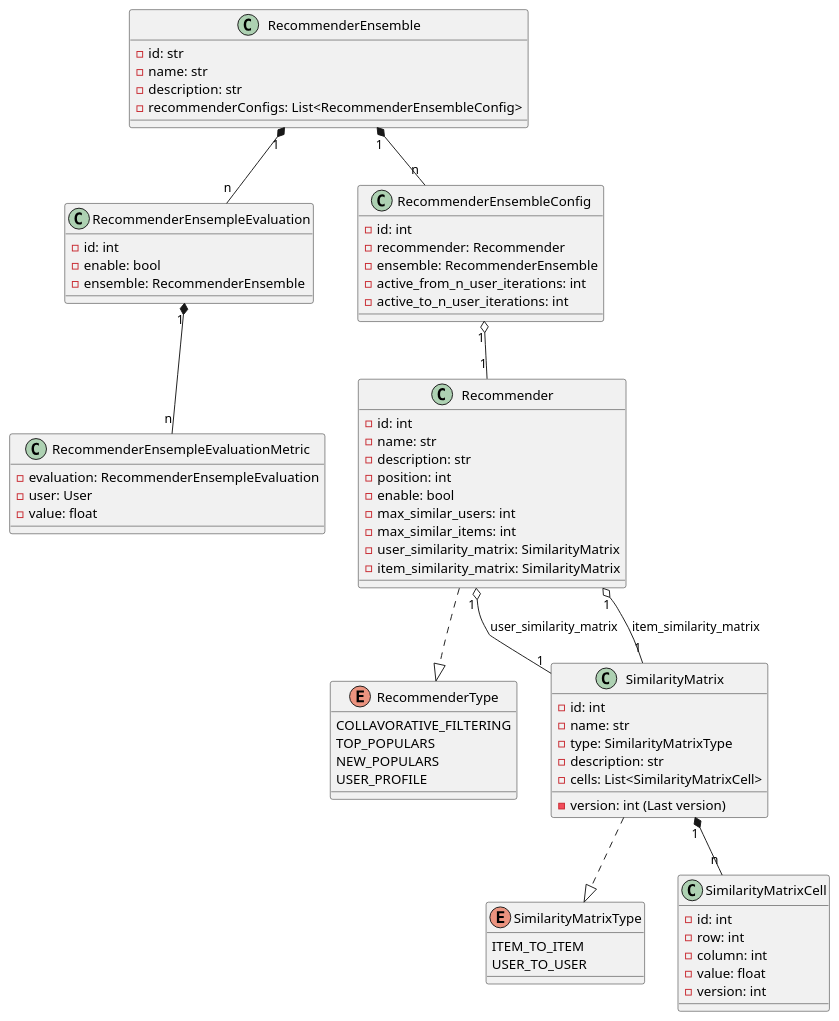
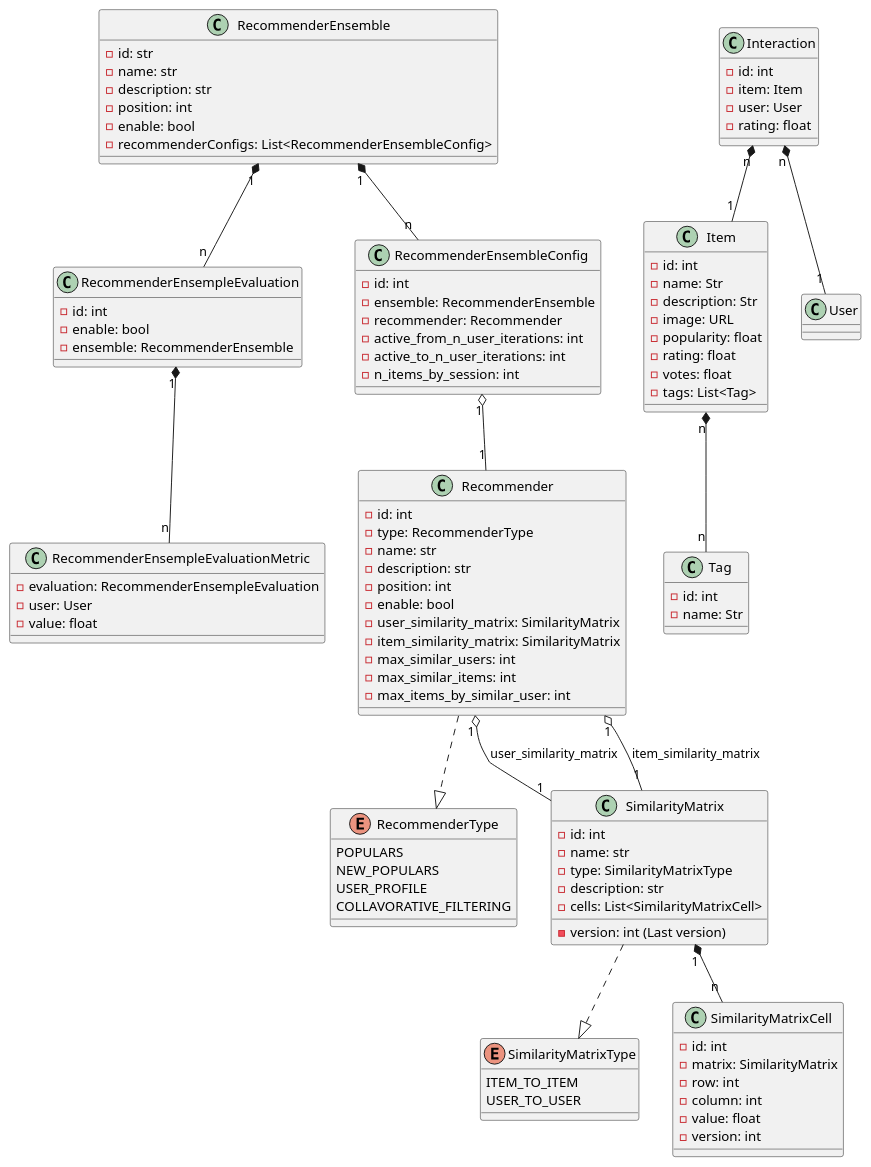
One commit to magistery-tps/rec-sys-client-lib changed the diagram in diagrams/models.puml. Above: the diagram before and after it, drawn with PlantUML. The commit also changed 2 other files, not shown here.

Commit message:
feat: update models diagram

```diff
--- a/diagrams/models.puml
+++ b/diagrams/models.puml
@@ -1,88 +1,125 @@
-@startuml Persistece Model
+@startuml
 class RecommenderEnsempleEvaluation {
     - id: int
     - enable: bool
     - ensemble: RecommenderEnsemble
 }
 
 class RecommenderEnsempleEvaluationMetric {
     - evaluation: RecommenderEnsempleEvaluation
     - user: User
     - value: float
 }
 
-
 RecommenderEnsemble "1" *-- "n" RecommenderEnsempleEvaluation
 
 RecommenderEnsempleEvaluation "1" *-- "n" RecommenderEnsempleEvaluationMetric
 
 class Recommender {
     - id: int
+    - type: RecommenderType
     - name: str
     - description: str
     - position: int
     - enable: bool
+    - user_similarity_matrix: SimilarityMatrix
+    - item_similarity_matrix: SimilarityMatrix
     - max_similar_users: int
     - max_similar_items: int
-    - user_similarity_matrix: SimilarityMatrix
-    - item_similarity_matrix: SimilarityMatrix
+    - max_items_by_similar_user: int
 }
 
 enum RecommenderType {
-    COLLAVORATIVE_FILTERING
-    TOP_POPULARS
+    POPULARS
     NEW_POPULARS
     USER_PROFILE
+    COLLAVORATIVE_FILTERING
 }
 
 Recommender ..|> RecommenderType
 
 class SimilarityMatrix {
     - id: int
     - name: str
     - type: SimilarityMatrixType
     - description: str
     - version: int (Last version)
     - cells: List<SimilarityMatrixCell>
 }
 
 
 SimilarityMatrix ..|> SimilarityMatrixType
 
 enum SimilarityMatrixType {
     ITEM_TO_ITEM
     USER_TO_USER
 }
 
 class SimilarityMatrixCell {
     - id: int
+    - matrix: SimilarityMatrix
     - row: int
     - column: int
     - value: float
     - version: int
 }
 
 class RecommenderEnsemble {
     - id: str
     - name: str
     - description: str
+    - position: int
+    - enable: bool
     - recommenderConfigs: List<RecommenderEnsembleConfig>
 }
 
 class RecommenderEnsembleConfig {
     - id: int
+    - ensemble: RecommenderEnsemble
     - recommender: Recommender
-    - ensemble: RecommenderEnsemble
     - active_from_n_user_iterations: int
     - active_to_n_user_iterations: int
+    - n_items_by_session: int
 }
 
 RecommenderEnsemble "1" *-- "n" RecommenderEnsembleConfig
 RecommenderEnsembleConfig "1" o-- "1" Recommender
 
 
 SimilarityMatrix "1" *-- "n" SimilarityMatrixCell
 
 Recommender "1" o-- "1" SimilarityMatrix: user_similarity_matrix
 Recommender "1" o-- "1" SimilarityMatrix: item_similarity_matrix
+
+class Interaction {
+    - id: int
+    - item: Item
+    - user: User
+    - rating: float
+}
+
+
+Interaction "n" *-- "1" Item
+
+Interaction "n" *-- "1" User
+
+class Item {
+    - id: int
+    - name: Str
+    - description: Str
+    - image: URL
+    - popularity: float
+    - rating: float
+    - votes: float
+    - tags: List<Tag>
+}
+
+
+class Tag {
+    - id: int
+    - name: Str
+}
+
+Item "n" *-- "n" Tag
+
 @enduml
```
